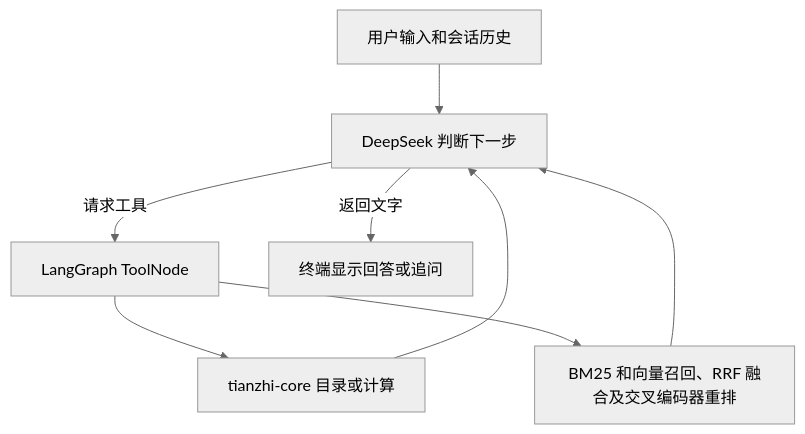
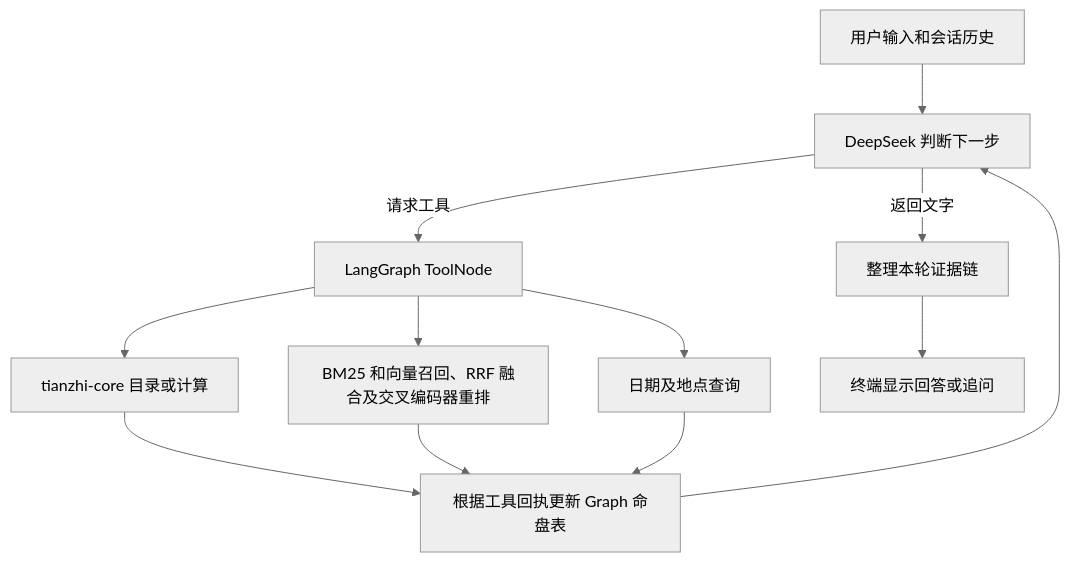
The diagram in README.md (rxiyo/fortuneTellerAgent), drawn with Mermaid (neutral theme) before and after one commit. The commit also changed other lines of this file and 167 other files, not shown here.

````diff
--- a/README.md
+++ b/README.md
@@ -20,10 +22,14 @@
 ```mermaid
 flowchart TD
     A[用户输入和会话历史] --> B[DeepSeek 判断下一步]
     B -->|请求工具| C[LangGraph ToolNode]
     C --> D[tianzhi-core 目录或计算]
+    C --> G[日期及地点查询]
     C --> E[BM25 和向量召回、RRF 融合及交叉编码器重排]
-    D --> B
-    E --> B
-    B -->|返回文字| F[终端显示回答或追问]
+    D --> U[根据工具回执更新 Graph 命盘表]
+    E --> U
+    G --> U
+    U --> B
+    B -->|返回文字| H[整理本轮证据链]
+    H --> F[终端显示回答或追问]
 ```
````
